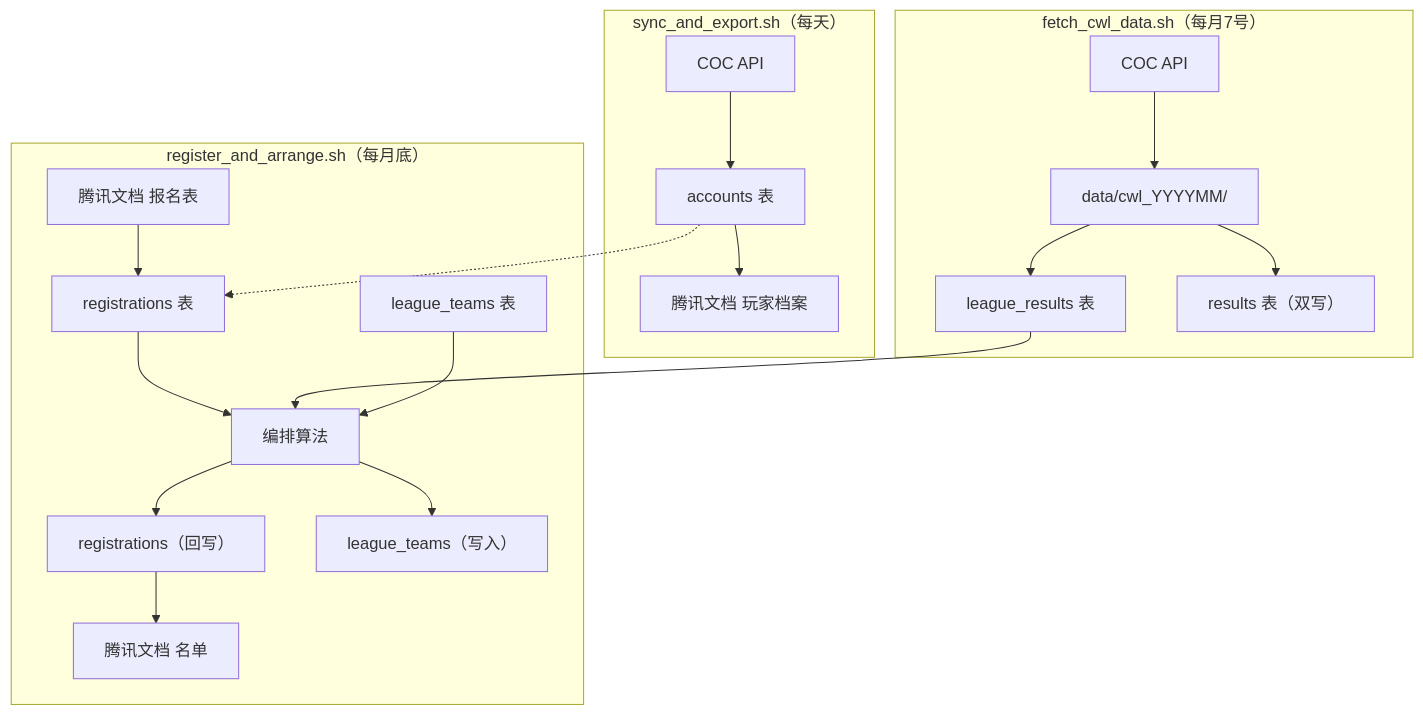
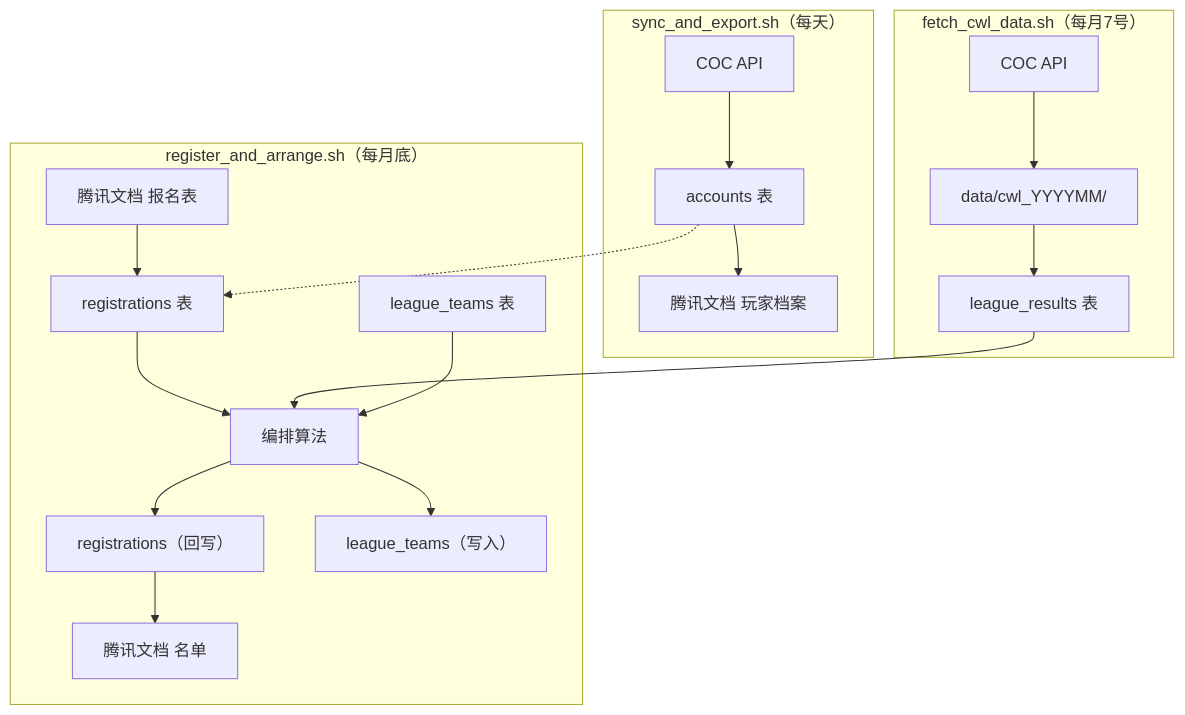
The second of 3 diagrams in docs/02-database.md (Pluto1944/sky-admin), drawn with Mermaid before and after one commit. The commit also changed other lines of this file and 33 other files, not shown here.

````diff
--- a/docs/02-database.md
+++ b/docs/02-database.md
@@ -277,24 +270,23 @@
 ```mermaid
 flowchart TD
     subgraph S1["sync_and_export.sh（每天）"]
         COC1["COC API"] --> ACC["accounts 表"]
         ACC --> TD1["腾讯文档 玩家档案"]
     end
 
     subgraph S2["fetch_cwl_data.sh（每月7号）"]
         COC2["COC API"] --> JSON["data/cwl_YYYYMM/"]
         JSON --> LR["league_results 表"]
-        JSON --> RES["results 表（双写）"]
     end
 
     subgraph S3["register_and_arrange.sh（每月底）"]
         TD2["腾讯文档 报名表"] --> REG["registrations 表"]
         ACC -.-> REG
         REG --> ARR["编排算法"]
         LR --> ARR
         LT["league_teams 表"] --> ARR
         ARR --> REG2["registrations（回写）"]
         ARR --> LT2["league_teams（写入）"]
         REG2 --> TD3["腾讯文档 名单"]
     end
 ```
````
